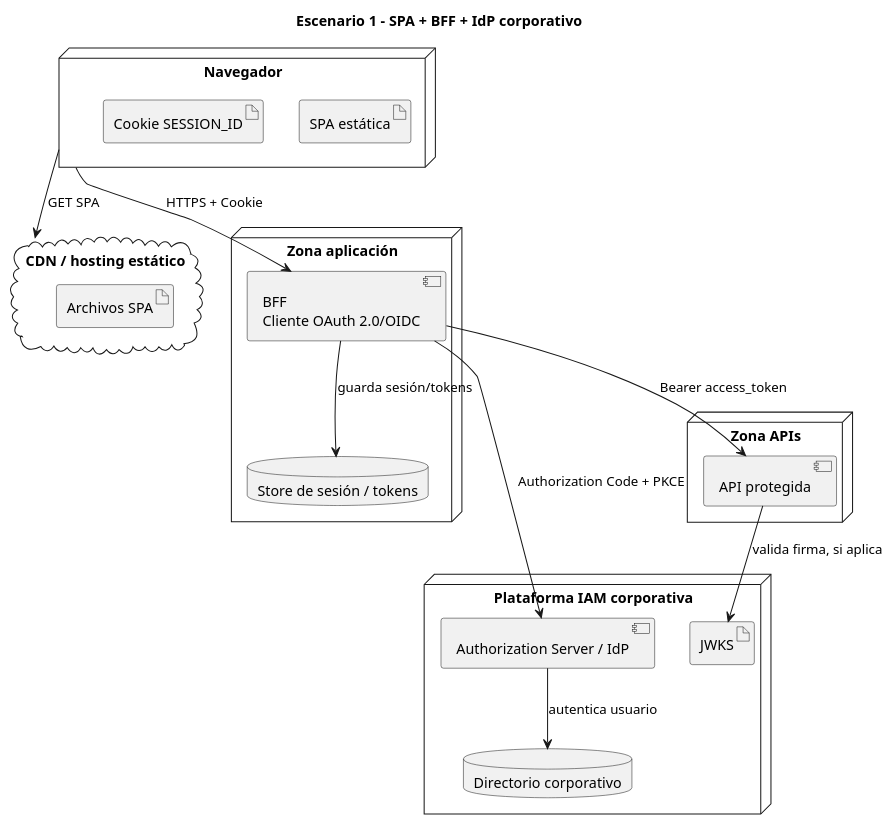
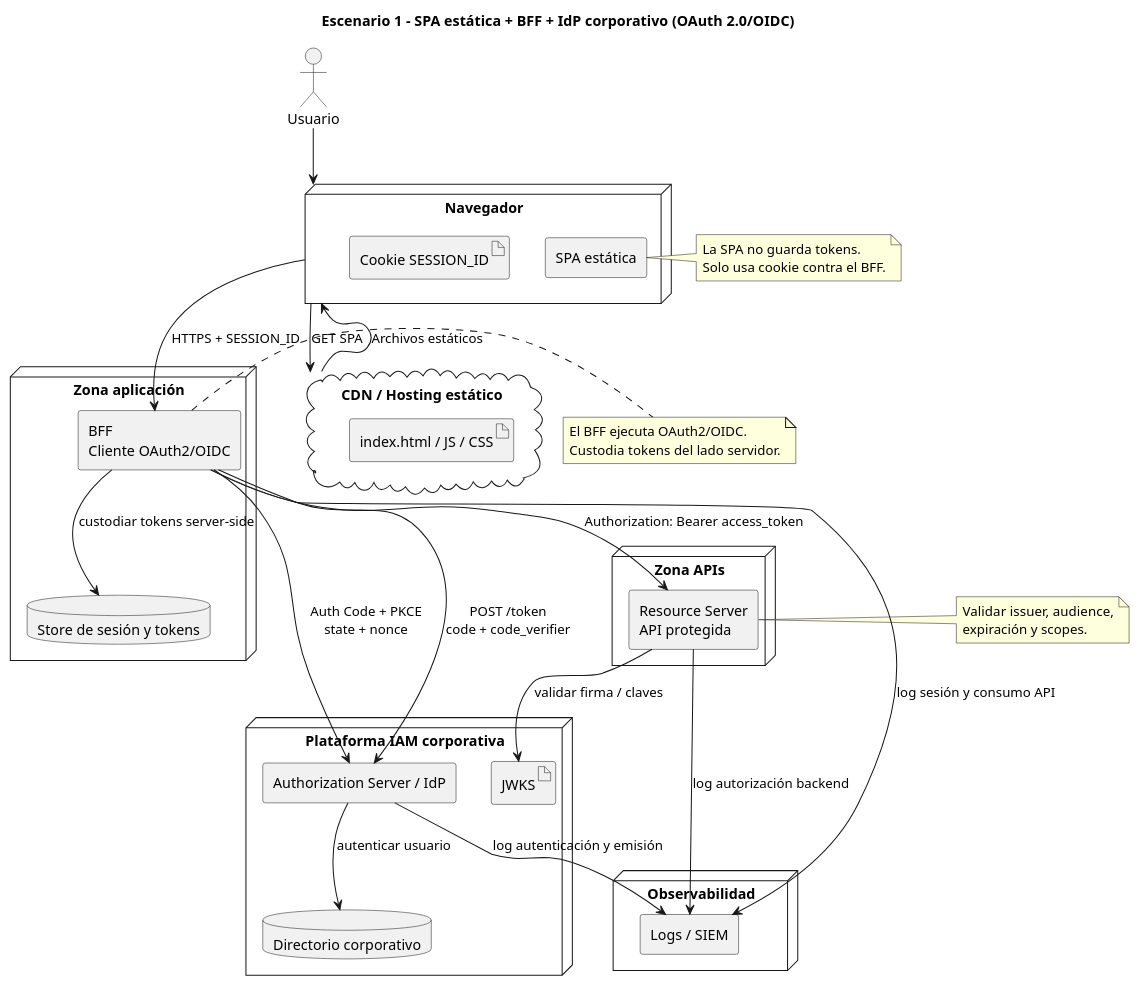
Before and after one commit to FredyRosero/evaluacion-controles-oauth2-oidc: the eighth of 24 diagrams in tesis/README.md, drawn with PlantUML. The commit also changed other lines of this file and 24 other files, not shown here.

````diff
--- a/tesis/README.md
+++ b/tesis/README.md
@@ -1699,37 +1916,70 @@
 ```plantuml
-@startuml
-title Escenario 1 - SPA + BFF + IdP corporativo
+@startuml escenario_1_deployment
+title Escenario 1 - SPA estática + BFF + IdP corporativo (OAuth 2.0/OIDC)
+
+skinparam shadowing false
+skinparam componentStyle rectangle
+
+actor "Usuario" as User
 
 node "Navegador" as Browser {
-  artifact "SPA estática" as SPA
+  component "SPA estática" as SPA
   artifact "Cookie SESSION_ID" as Cookie
 }
 
-cloud "CDN / hosting estático" as CDN {
-  artifact "Archivos SPA" as StaticFiles
+cloud "CDN / Hosting estático" as CDN {
+  artifact "index.html / JS / CSS" as StaticFiles
 }
 
 node "Zona aplicación" as AppZone {
-  component "BFF\nCliente OAuth 2.0/OIDC" as BFF
-  database "Store de sesión / tokens" as SessionStore
+  component "BFF\nCliente OAuth2/OIDC" as BFF
+  database "Store de sesión y tokens" as SessionStore
 }
 
 node "Plataforma IAM corporativa" as IAM {
   component "Authorization Server / IdP" as AS
   database "Directorio corporativo" as Directory
   artifact "JWKS" as JWKS
 }
 
 node "Zona APIs" as APIZone {
-  component "API protegida" as API
+  component "Resource Server\nAPI protegida" as API
 }
 
+node "Observabilidad" as OBS {
+  component "Logs / SIEM" as SIEM
+}
+
+User --> Browser
 Browser --> CDN : GET SPA
-Browser --> BFF : HTTPS + Cookie
-BFF --> AS : Authorization Code + PKCE
-AS --> Directory : autentica usuario
-BFF --> SessionStore : guarda sesión/tokens
-BFF --> API : Bearer access_token
-API --> JWKS : valida firma, si aplica
+CDN --> Browser : Archivos estáticos
+
+Browser --> BFF : HTTPS + SESSION_ID
+BFF --> AS : Auth Code + PKCE\nstate + nonce
+AS --> Directory : autenticar usuario
+BFF --> AS : POST /token\ncode + code_verifier
+BFF --> SessionStore : custodiar tokens server-side
+BFF --> API : Authorization: Bearer access_token
+API --> JWKS : validar firma / claves
+
+AS --> SIEM : log autenticación y emisión
+BFF --> SIEM : log sesión y consumo API
+API --> SIEM : log autorización backend
+
+note right of SPA
+La SPA no guarda tokens.
+Solo usa cookie contra el BFF.
+end note
+
+note right of BFF
+El BFF ejecuta OAuth2/OIDC.
+Custodia tokens del lado servidor.
+end note
+
+note right of API
+Validar issuer, audience,
+expiración y scopes.
+end note
+
 @enduml
 ```
````
